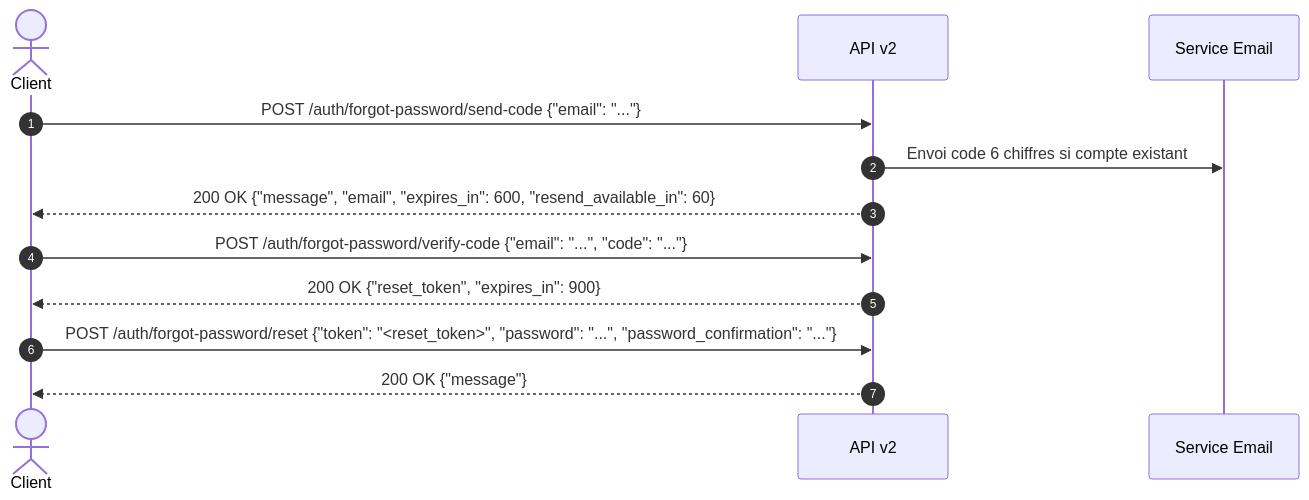
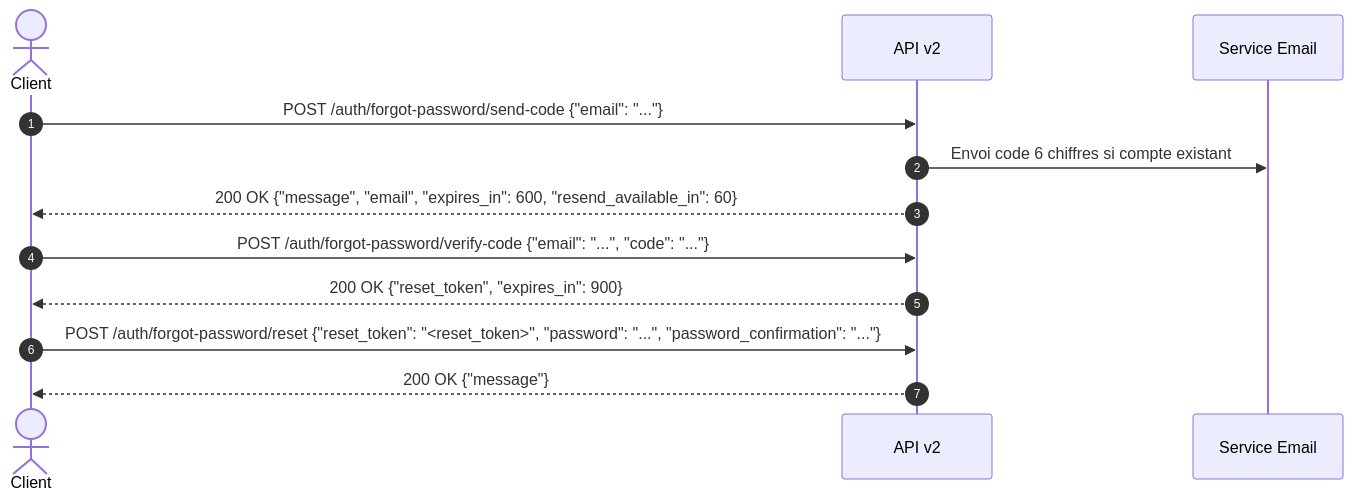
The third of 3 diagrams in docs/api/guide_api_v2.md (eliezerkiera/projet_laravel_13), drawn with Mermaid before and after one commit. The commit also changed other lines of this file and 2 other files, not shown here.

Commit message:
docs: align API v2 guide with post-review corrections (C1-C10)

````diff
--- a/docs/api/guide_api_v2.md
+++ b/docs/api/guide_api_v2.md
@@ -834,17 +869,17 @@
 ```mermaid
 sequenceDiagram
     autonumber
     actor Client
     participant API as API v2
     participant Mail as Service Email
 
     Client->>API: POST /auth/forgot-password/send-code {"email": "..."}
     API->>Mail: Envoi code 6 chiffres si compte existant
     API-->>Client: 200 OK {"message", "email", "expires_in": 600, "resend_available_in": 60}
 
     Client->>API: POST /auth/forgot-password/verify-code {"email": "...", "code": "..."}
     API-->>Client: 200 OK {"reset_token", "expires_in": 900}
 
-    Client->>API: POST /auth/forgot-password/reset {"token": "<reset_token>", "password": "...", "password_confirmation": "..."}
+    Client->>API: POST /auth/forgot-password/reset {"reset_token": "<reset_token>", "password": "...", "password_confirmation": "..."}
     API-->>Client: 200 OK {"message"}
 ```
````
